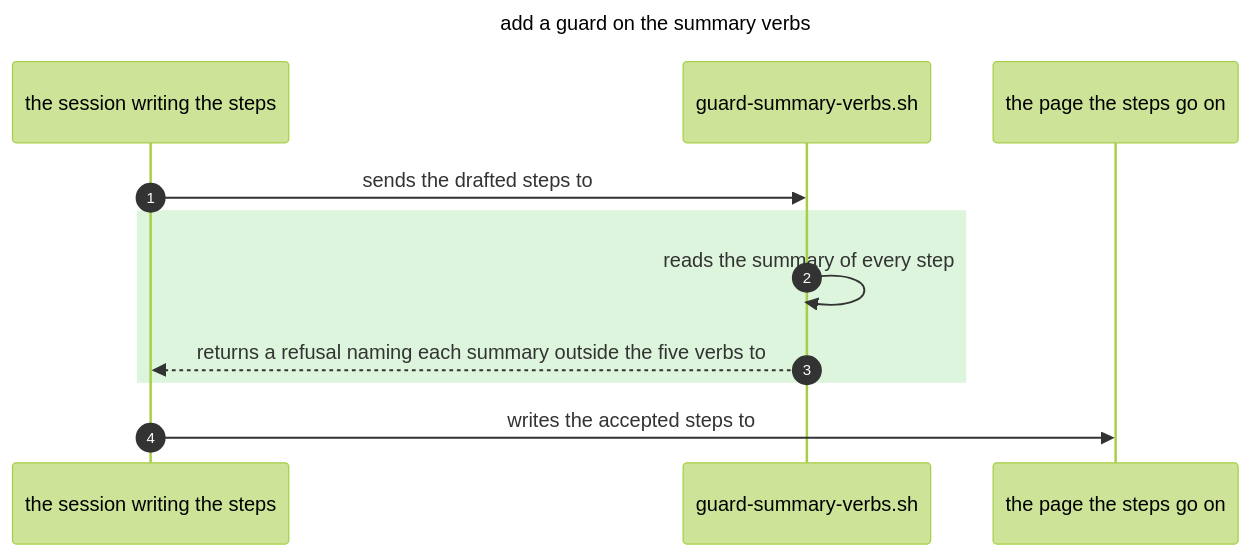
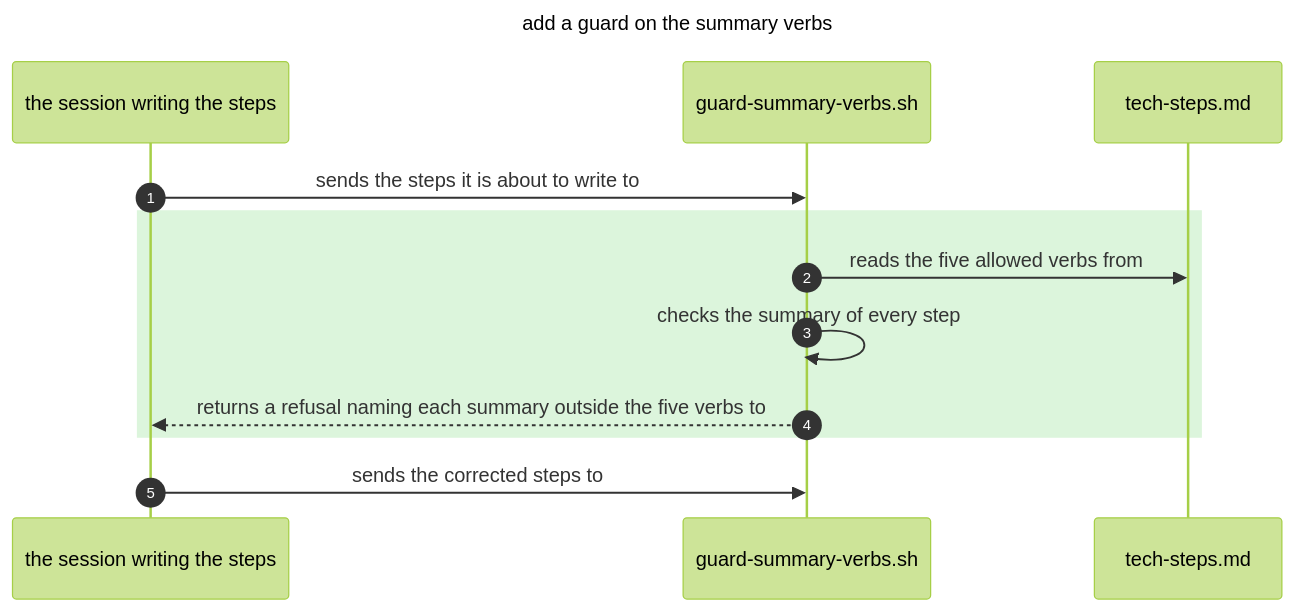
Before and after one commit to justinkek/tech-ref: the diagram in rules/tech-steps.md, drawn with Mermaid (forest theme). The commit also changed other lines of this file, not shown here.

Commit message:
order sequence flow lanes by call depth (#2)

````diff
--- a/rules/tech-steps.md
+++ b/rules/tech-steps.md
@@ -46,14 +46,15 @@
 ```mermaid
 sequenceDiagram
     title add a guard on the summary verbs
     autonumber
     participant Session as the session writing the steps
     participant Guard as guard-summary-verbs.sh
-    participant Page as the page the steps go on
-    Session->>Guard: sends the drafted steps to
+    participant Rules as tech-steps.md
+    Session->>Guard: sends the steps it is about to write to
     rect rgb(220, 245, 220)
-    Guard->>Guard: reads the summary of every step
+    Guard->>Rules: reads the five allowed verbs from
+    Guard->>Guard: checks the summary of every step
     Guard-->>Session: returns a refusal naming each summary outside the five verbs to
     end
-    Session->>Page: writes the accepted steps to
+    Session->>Guard: sends the corrected steps to
 ```
````
